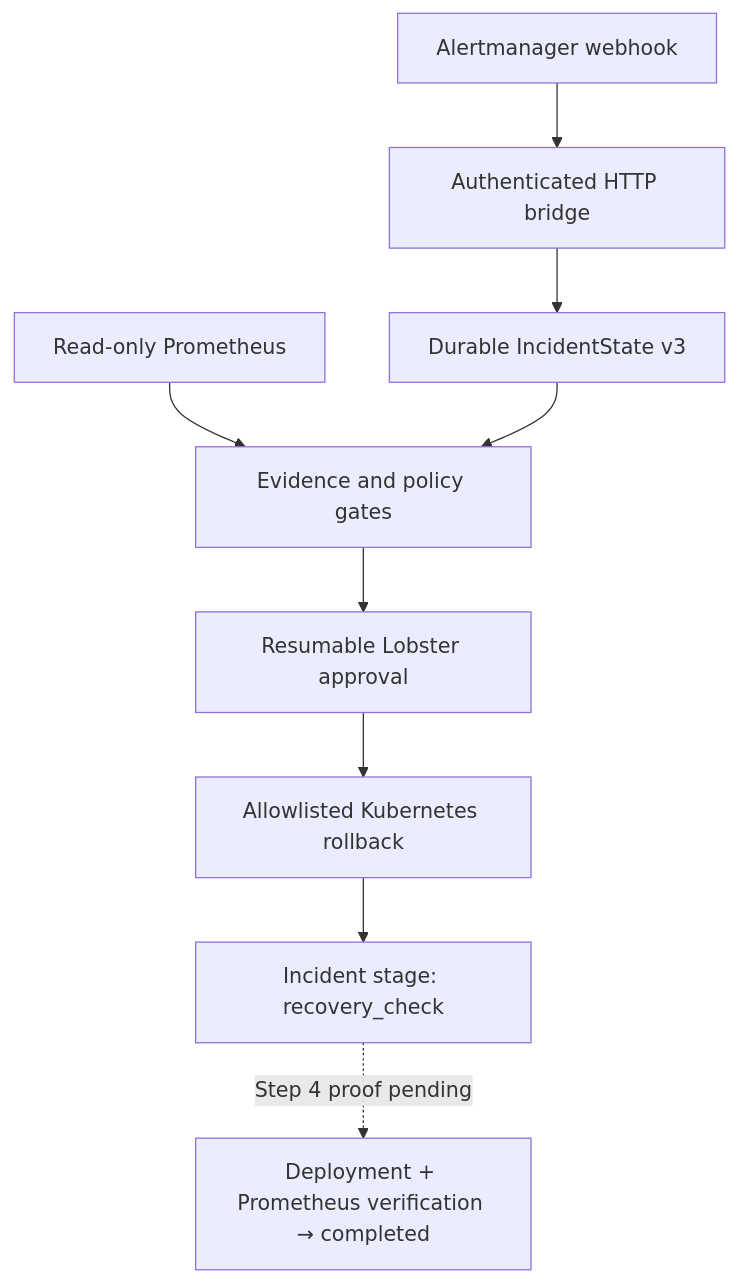
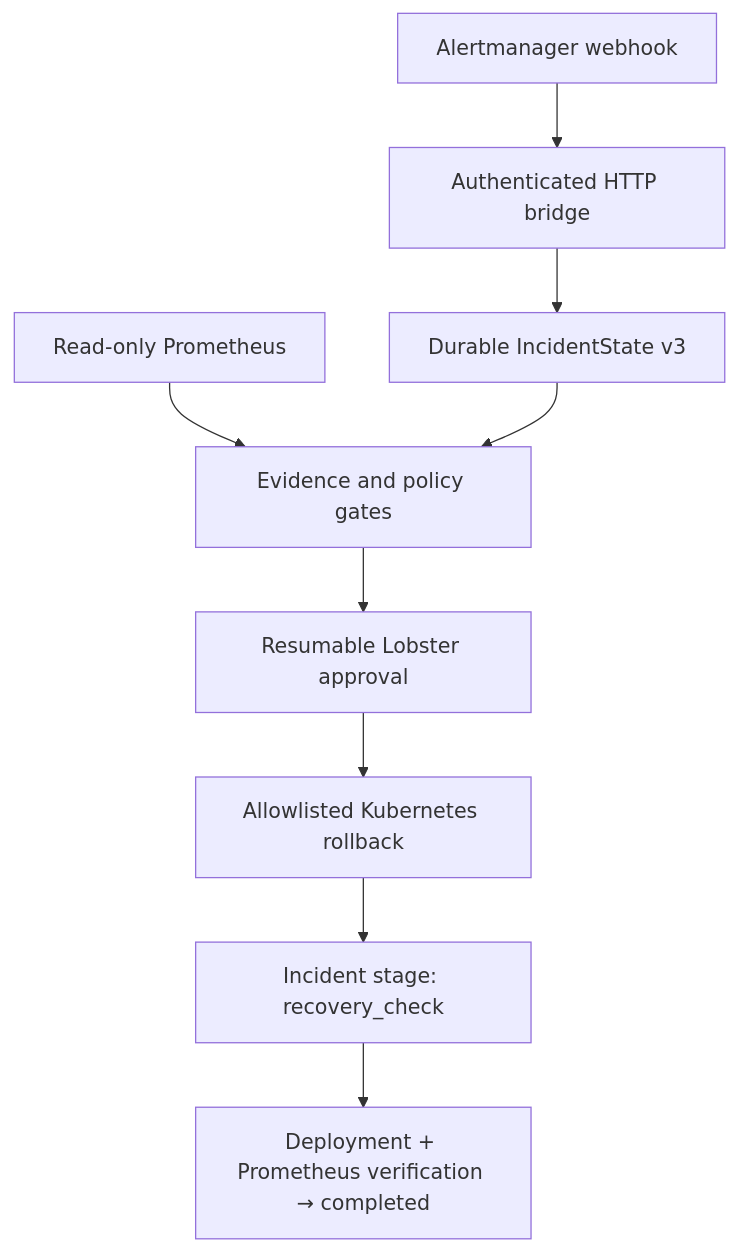
The diagram in README.md (YingzuoLiu/openclaw-dataops-guardian), drawn with Mermaid before and after one commit. The commit also changed other lines of this file and 8 other files, not shown here.

````diff
--- a/README.md
+++ b/README.md
@@ -23,11 +23,11 @@
 ```mermaid
 flowchart TD
     A["Alertmanager webhook"] --> B["Authenticated HTTP bridge"]
     B --> C["Durable IncidentState v3"]
     P["Read-only Prometheus"] --> D["Evidence and policy gates"]
     C --> D
     D --> E["Resumable Lobster approval"]
     E --> F["Allowlisted Kubernetes rollback"]
     F --> G["Incident stage: recovery_check"]
-    G -. "Step 4 proof pending" .-> H["Deployment + Prometheus verification → completed"]
+    G --> H["Deployment + Prometheus verification → completed"]
 ```
````
